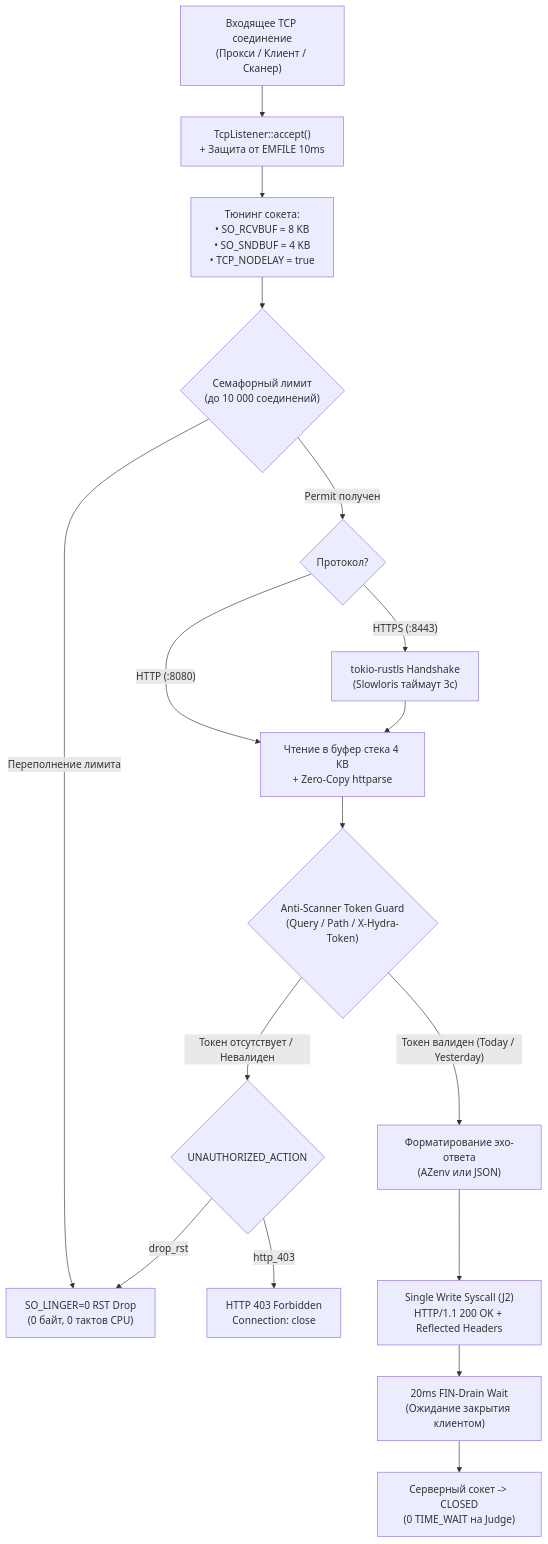
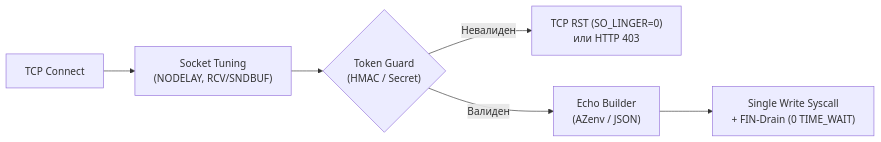
The diagram in hydra_judge/README.md (stormsia/hydra), drawn with Mermaid before and after one commit. The commit also changed other lines of this file and 2 other files, not shown here.

````diff
--- a/hydra_judge/README.md
+++ b/hydra_judge/README.md
@@ -42,24 +46,8 @@
 ```mermaid
-flowchart TD
-    Client["Входящее TCP соединение<br/>(Прокси / Клиент / Сканер)"] --> Accept["TcpListener::accept()<br/>+ Защита от EMFILE 10ms"]
-    Accept --> SockOpt["Тюнинг сокета:<br/>• SO_RCVBUF = 8 KB<br/>• SO_SNDBUF = 4 KB<br/>• TCP_NODELAY = true"]
-    SockOpt --> SemCheck{"Семафорный лимит<br/>(до 10 000 соединений)"}
-    
-    SemCheck -->|"Переполнение лимита"| RstDrop["SO_LINGER=0 RST Drop<br/>(0 байт, 0 тактов CPU)"]
-    SemCheck -->|"Permit получен"| TLSCheck{"Протокол?"}
-    
-    TLSCheck -->|"HTTPS (:8443)"| TLSHandshake["tokio-rustls Handshake<br/>(Slowloris таймаут 3с)"]
-    TLSCheck -->|"HTTP (:8080)"| ParseBuf
-    TLSHandshake --> ParseBuf["Чтение в буфер стека 4 KB<br/>+ Zero-Copy httparse"]
-    
-    ParseBuf --> TokenGuard{"Anti-Scanner Token Guard<br/>(Query / Path / X-Hydra-Token)"}
-    
-    TokenGuard -->|"Токен отсутствует / Невалиден"| UnauthAct{"UNAUTHORIZED_ACTION"}
-    UnauthAct -->|"drop_rst"| RstDrop
-    UnauthAct -->|"http_403"| Resp403["HTTP 403 Forbidden<br/>Connection: close"]
-    
-    TokenGuard -->|"Токен валиден (Today / Yesterday)"| BuildEcho["Форматирование эхо-ответа<br/>(AZenv или JSON)"]
-    BuildEcho --> SingleWrite["Single Write Syscall (J2)<br/>HTTP/1.1 200 OK + Reflected Headers"]
-    SingleWrite --> FinDrain["20ms FIN-Drain Wait<br/>(Ожидание закрытия клиентом)"]
-    FinDrain --> ClosedState["Серверный сокет -> CLOSED<br/>(0 TIME_WAIT на Judge)"]
+flowchart LR
+    A["TCP Connect"] --> B["Socket Tuning<br/>(NODELAY, RCV/SNDBUF)"]
+    B --> C{"Token Guard<br/>(HMAC / Secret)"}
+    C -->|"Невалиден"| D["TCP RST (SO_LINGER=0)<br/>или HTTP 403"]
+    C -->|"Валиден"| E["Echo Builder<br/>(AZenv / JSON)"]
+    E --> F["Single Write Syscall<br/>+ FIN-Drain (0 TIME_WAIT)"]
 ```
````
